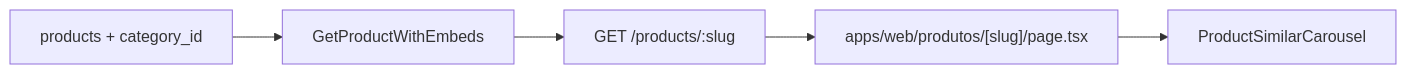
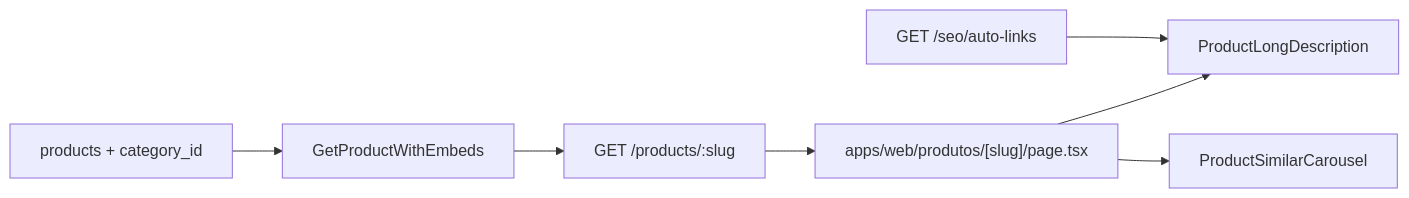
The diagram in docs/product-detail-page.md (valerio-figueira/ecommerce-amazon), drawn with Mermaid before and after one commit. The commit also changed other lines of this file and 7 other files, not shown here.

First line of the commit message:
Implement ProductLongDescription component with auto-linking functionality

````diff
--- a/docs/product-detail-page.md
+++ b/docs/product-detail-page.md
@@ -20,10 +20,14 @@
 ```mermaid
 flowchart LR
   DB["products + category_id"]
   API["GET /products/:slug"]
   UC["GetProductWithEmbeds"]
   Page["apps/web/produtos/[slug]/page.tsx"]
+  AutoLinks["GET /seo/auto-links"]
+  LongDesc[ProductLongDescription]
   Carousel[ProductSimilarCarousel]
   DB --> UC --> API --> Page
+  AutoLinks --> LongDesc
+  Page --> LongDesc
   Page --> Carousel
 ```
````
